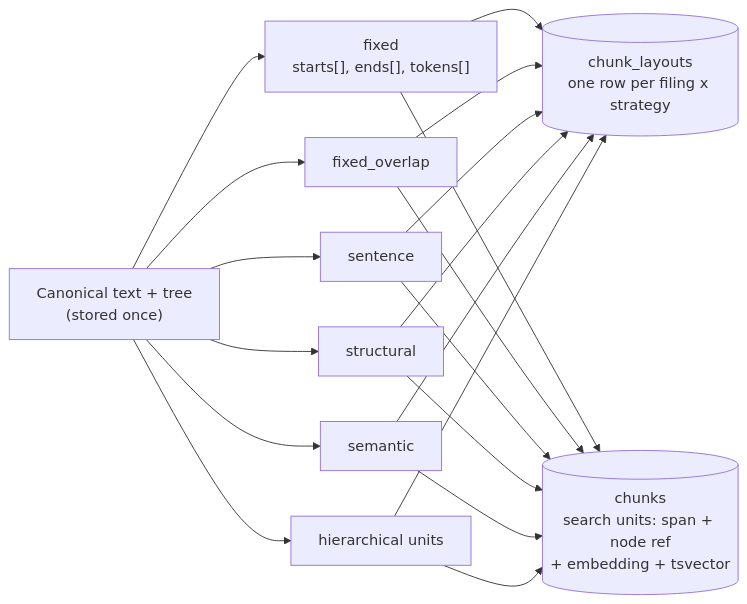
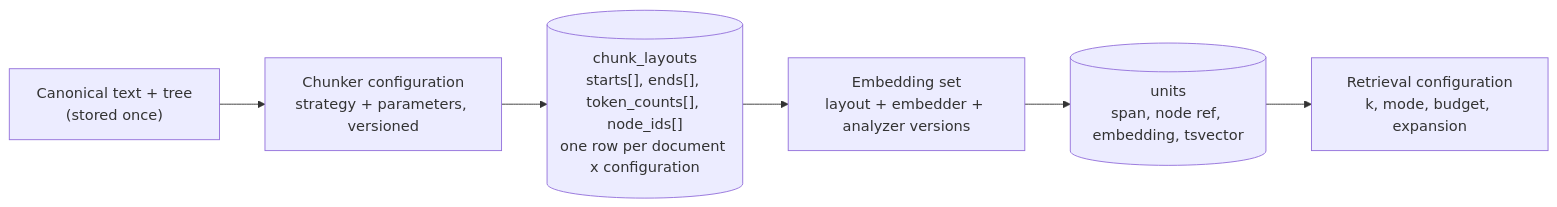
The fourth of 8 diagrams in docs/ARCHITECTURE.md (conradlotz/chunking-rag-system), drawn with Mermaid before and after one commit. The commit also changed other lines of this file and 8 other files, not shown here.

````diff
--- a/docs/ARCHITECTURE.md
+++ b/docs/ARCHITECTURE.md
@@ -185,11 +190,8 @@
 ```mermaid
 flowchart LR
-    CT["Canonical text + tree\n(stored once)"] --> L1["fixed\nstarts[], ends[], tokens[]"]
-    CT --> L2["fixed_overlap"]
-    CT --> L3["sentence"]
-    CT --> L4["structural"]
-    CT --> L5["semantic"]
-    CT --> L6["hierarchical units"]
-    L1 & L2 & L3 & L4 & L5 & L6 --> CL[("chunk_layouts\none row per filing x strategy")]
-    L1 & L2 & L3 & L4 & L5 & L6 --> SU[("chunks\nsearch units: span + node ref\n+ embedding + tsvector")]
+    CT["Canonical text + tree\n(stored once)"] --> CF["Chunker configuration\nstrategy + parameters, versioned"]
+    CF --> LAY[("chunk_layouts\nstarts[], ends[], token_counts[], node_ids[]\none row per document x configuration")]
+    LAY --> ES["Embedding set\nlayout + embedder + analyzer versions"]
+    ES --> U[("units\nspan, node ref, embedding, tsvector")]
+    U --> RC["Retrieval configuration\nk, mode, budget, expansion"]
 ```
````
